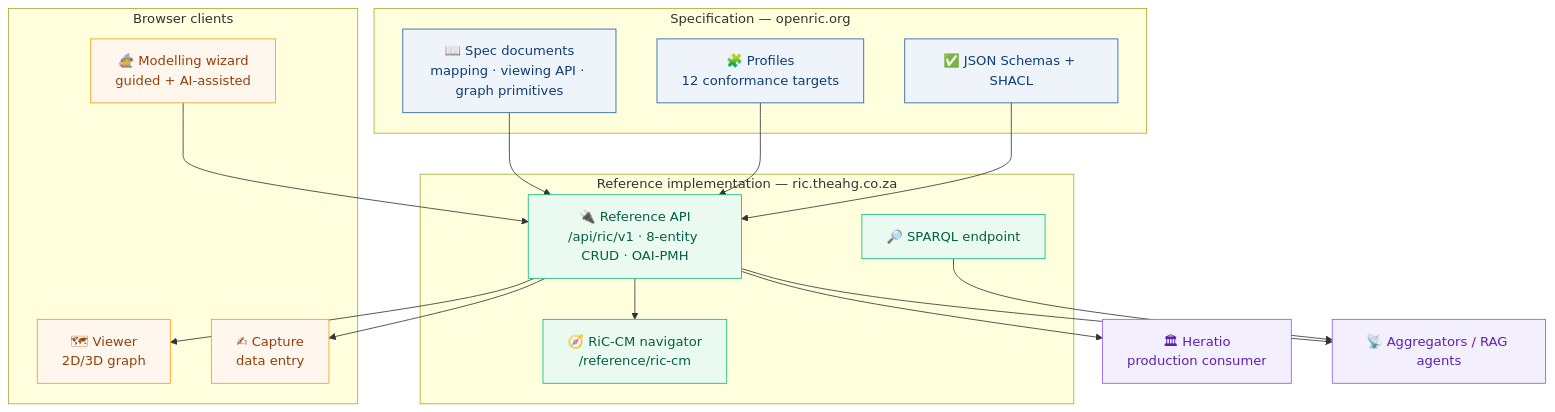
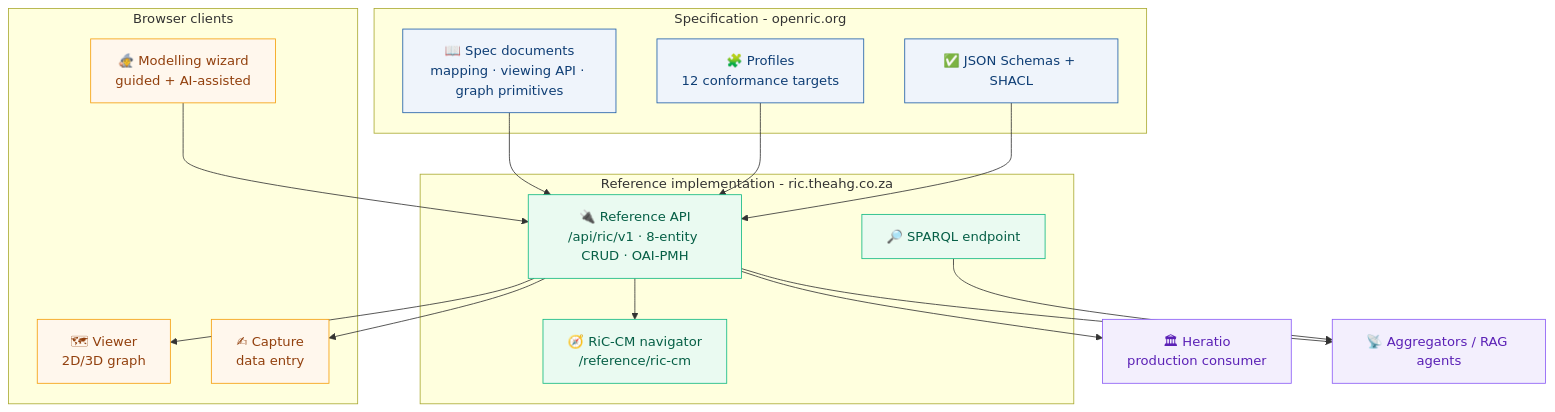
The diagram in help/system-map.md (openric/spec), drawn with Mermaid before and after one commit. The commit also changed other lines of this file and 57 other files, not shown here.

```diff
--- a/help/system-map.md
+++ b/help/system-map.md
@@ -23,48 +23,48 @@
 <pre class="mermaid">
 flowchart TB
   classDef spec fill:#eff4fb,stroke:#1f5fa8,color:#0f3e75;
   classDef impl fill:#eafaf1,stroke:#10b981,color:#065f46;
   classDef client fill:#fff7ed,stroke:#f59e0b,color:#92400e;
   classDef consumer fill:#f3effd,stroke:#8b5cf6,color:#5b21b6;
 
-  subgraph S [Specification — openric.org]
+  subgraph S [Specification - openric.org]
     SPEC["📖 Spec documents<br/>mapping · viewing API · graph primitives"]:::spec
     PROF["🧩 Profiles<br/>12 conformance targets"]:::spec
     SHAPES["✅ JSON Schemas + SHACL"]:::spec
   end
 
-  subgraph I [Reference implementation — ric.theahg.co.za]
+  subgraph I [Reference implementation - ric.theahg.co.za]
     API["🔌 Reference API<br/>/api/ric/v1 · 8-entity CRUD · OAI-PMH"]:::impl
     SPARQL["🔎 SPARQL endpoint"]:::impl
     NAV["🧭 RiC-CM navigator<br/>/reference/ric-cm"]:::impl
   end
 
   subgraph C [Browser clients]
     VIEW["🗺 Viewer<br/>2D/3D graph"]:::client
     CAP["✍ Capture<br/>data entry"]:::client
     WIZ["🧙 Modelling wizard<br/>guided + AI-assisted"]:::client
   end
 
   HER["🏛 Heratio<br/>production consumer"]:::consumer
   AGG["📡 Aggregators / RAG agents"]:::consumer
 
   SPEC --> API
   PROF --> API
   SHAPES --> API
   API --> VIEW
   API --> CAP
   API --> NAV
   WIZ --> API
   API --> HER
   SPARQL --> AGG
   API --> AGG
 
   click SPEC "/spec/" "Read the specification"
   click PROF "/spec/profiles/" "Conformance profiles"
   click NAV "https://ric.theahg.co.za/reference/ric-cm/" "RiC-CM navigator"
   click VIEW "https://viewer.openric.org/" "Graph viewer"
   click CAP "https://capture.openric.org/" "Capture client"
   click WIZ "/wizard/" "Modelling wizard"
   click API "/help/using-the-api/" "Using the API"
   click HER "https://heratio.theahg.co.za/" "Heratio"
 </pre>
```
